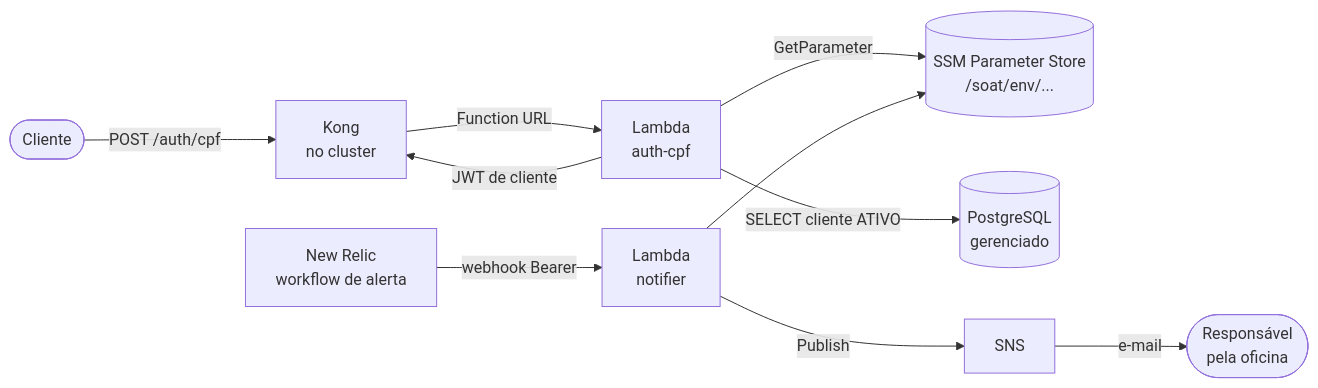
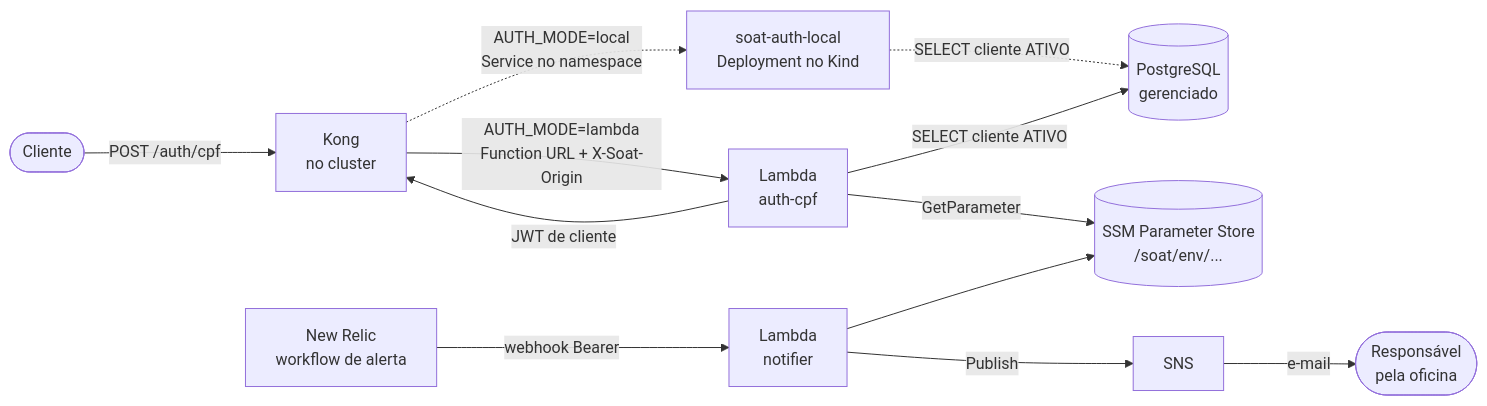
The diagram in README.md (gomes-leonardo/soat-auth-lambda), drawn with Mermaid before and after one commit. The commit also changed other lines of this file, not shown here.

Commit message:
docs: modo local, contrato do notifier e pre-requisitos do deploy no README

````diff
--- a/README.md
+++ b/README.md
@@ -19,13 +19,15 @@
 ```mermaid
 flowchart LR
     cliente([Cliente]) -->|POST /auth/cpf| kong[Kong<br/>no cluster]
-    kong -->|Function URL| auth[Lambda<br/>auth-cpf]
+    kong -->|"AUTH_MODE=lambda<br/>Function URL + X-Soat-Origin"| auth[Lambda<br/>auth-cpf]
+    kong -.->|"AUTH_MODE=local<br/>Service no namespace"| local[soat-auth-local<br/>Deployment no Kind]
+    local -.->|SELECT cliente ATIVO| db
     auth -->|GetParameter| ssm[(SSM Parameter Store<br/>/soat/env/...)]
     auth -->|SELECT cliente ATIVO| db[(PostgreSQL<br/>gerenciado)]
     auth -->|JWT de cliente| kong
 
     nr[New Relic<br/>workflow de alerta] -->|webhook Bearer| notifier[Lambda<br/>notifier]
     notifier --> ssm
     notifier -->|Publish| sns[SNS]
     sns -->|e-mail| pessoa([Responsável<br/>pela oficina])
 ```
````
